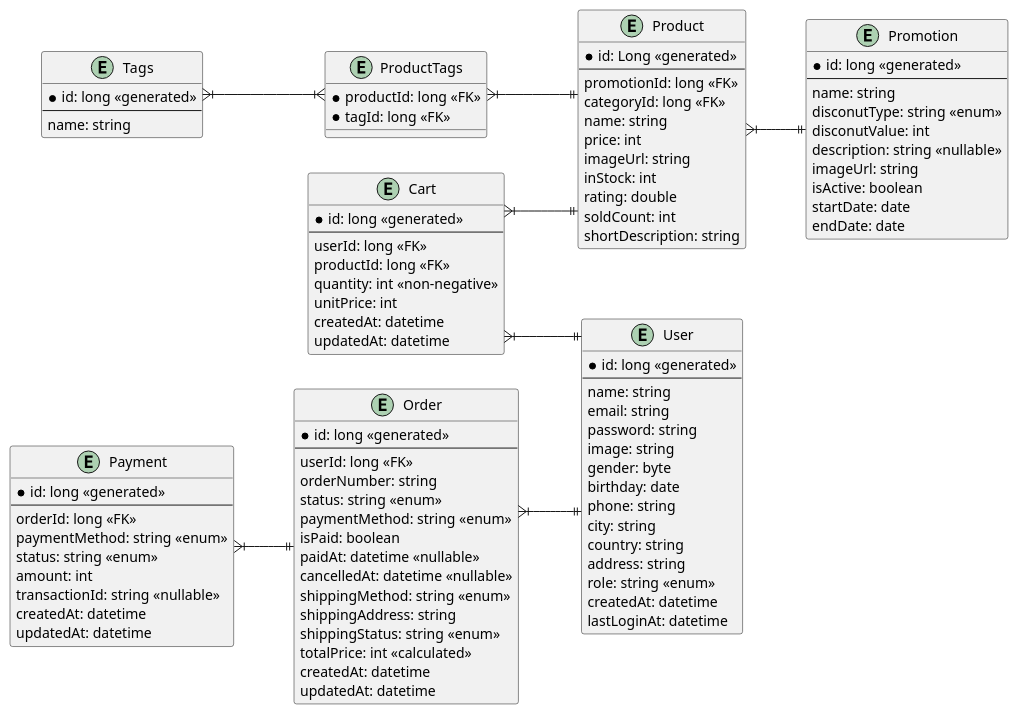
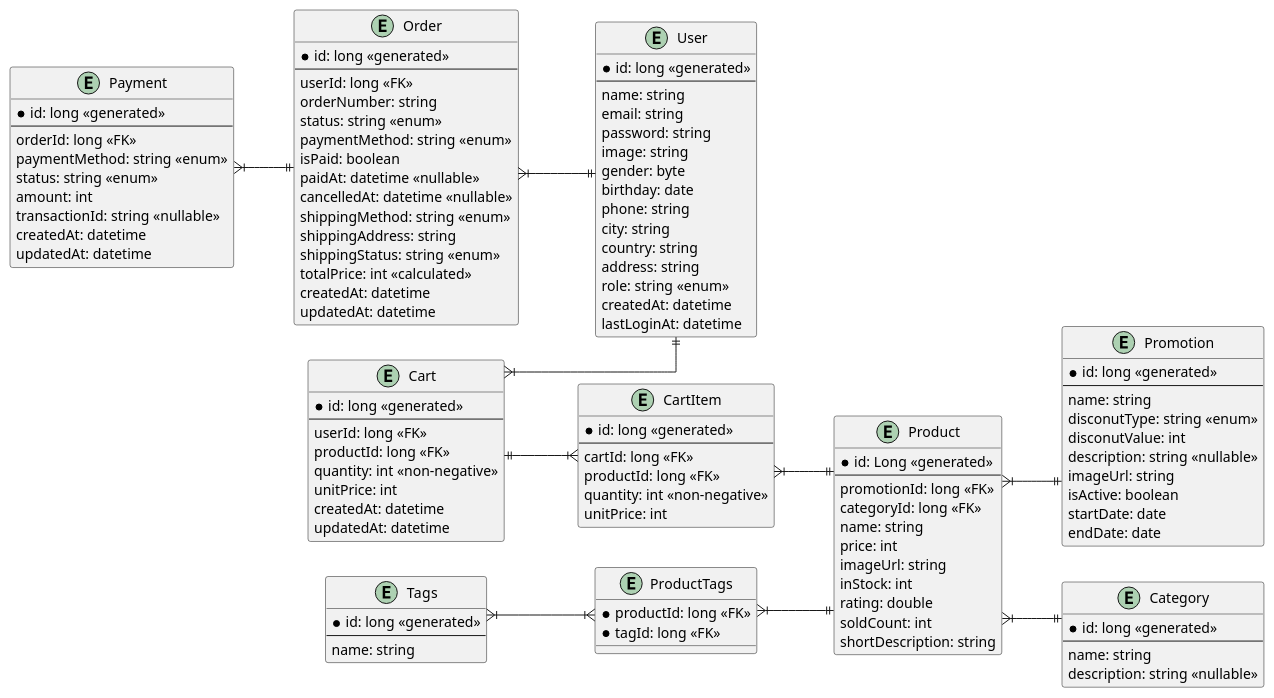
One commit to honeykokia/ecommerce-springboot changed the diagram in src/main/java/com/example/demo/docs/er-diagram.puml. Above: the diagram before and after it, drawn with PlantUML.

Commit message:
docs: Add Catrgory and CartItem Entities - Add Category Entity to product categorization - Add CartItem Entity to cart-product association

```diff
--- a/src/main/java/com/example/demo/docs/er-diagram.puml
+++ b/src/main/java/com/example/demo/docs/er-diagram.puml
@@ -1,118 +1,135 @@
 @startuml
 
 skinparam linetype ortho
 
 left to right direction
 
 entity "User" as User {
     *id: long <<generated>>
     ---
     name: string
     email: string
     password: string
     image: string
     gender: byte
     birthday: date
     phone: string
     city: string
     country: string
     address: string
     role: string <<enum>>
     'guest, member, admin
     createdAt: datetime
     lastLoginAt: datetime
 }
 
 entity "Product" as Product {
     *id: Long <<generated>>
     ---
     promotionId: long <<FK>>
     categoryId: long <<FK>>
     name: string
     price: int
     imageUrl: string
     inStock: int
     rating: double
     soldCount: int
     shortDescription: string
+}
+entity "CartItem" as CartItem {
+    *id: long <<generated>>
+    ---
+    cartId: long <<FK>>
+    productId: long <<FK>>
+    quantity: int <<non-negative>>
+    unitPrice: int
 }
 
 entity "Cart" as Cart {
     *id: long <<generated>>
     ---
     userId: long <<FK>>
     productId: long <<FK>>
     quantity: int <<non-negative>>
     unitPrice: int
     createdAt: datetime
     updatedAt: datetime
 }
 
 entity "Order" as Order {
     *id: long <<generated>>
     ---
     userId: long <<FK>>
     orderNumber: string
     status: string <<enum>>
     'PENDING, PAID, CANCELLED, SHIPPED, COMPLETED
     paymentMethod: string <<enum>> 
     'CREDIT_CARD, PAYPAL
     isPaid: boolean
     paidAt: datetime <<nullable>>
     cancelledAt: datetime <<nullable>>
     shippingMethod: string <<enum>>
     'STANDARD, EXPRESS
     shippingAddress: string
     shippingStatus: string <<enum>>
     'PENDING, IN_TRANSIT, DELIVERED
     totalPrice: int <<calculated>>
     createdAt: datetime
     updatedAt: datetime
 }
 
 entity "Promotion" as Promotion {
     *id: long <<generated>>
     ---
     name: string
     disconutType: string <<enum>>
     'PERCENTAGE, FIXED_AMOUNT
     disconutValue: int
     description: string <<nullable>>
     imageUrl: string
     isActive: boolean
     startDate: date
     endDate: date
 }
 
 entity "Payment" as Payment {
     *id: long <<generated>>
     ---
     orderId: long <<FK>>
     paymentMethod: string <<enum>> 
     'CREDIT_CARD, PAYPAL, BANK_TRANSFER
     status: string <<enum>>
     'PENDING, COMPLETED, FAILED
     amount: int 
     transactionId: string <<nullable>>
     createdAt: datetime
     updatedAt: datetime
 }
 
+entity "Category" as Category {
+    *id: long <<generated>>
+    ---
+    name: string
+    description: string <<nullable>>
+}
+
 entity "Tags" as Tag{
     *id: long <<generated>>
     ---
     name: string
 }
 entity "ProductTags" as ProductTag {
     *productId: long <<FK>>
     *tagId: long <<FK>>
 }
 
 Tag }|--|{ ProductTag
 ProductTag }|--|| Product
 Cart }|--|| User
-Cart }|--|| Product
+Cart ||--|{ CartItem
+CartItem }|--|| Product
 Order }|--|| User
 Product }|--|| Promotion
+Product }|--|| Category
 Payment }|--|| Order
 @enduml
```
